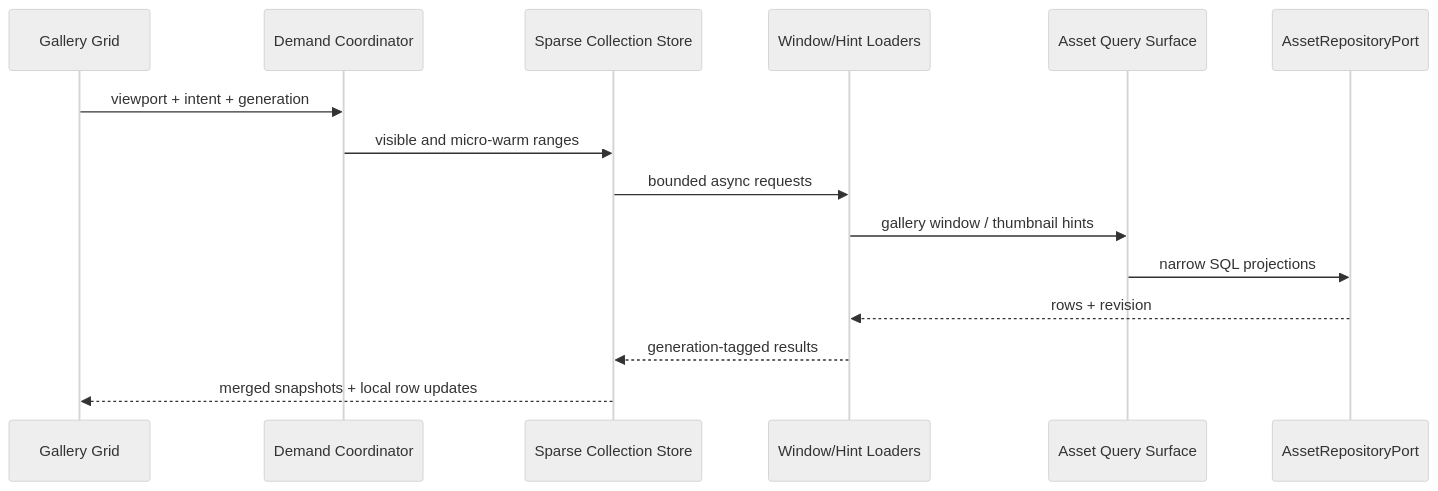
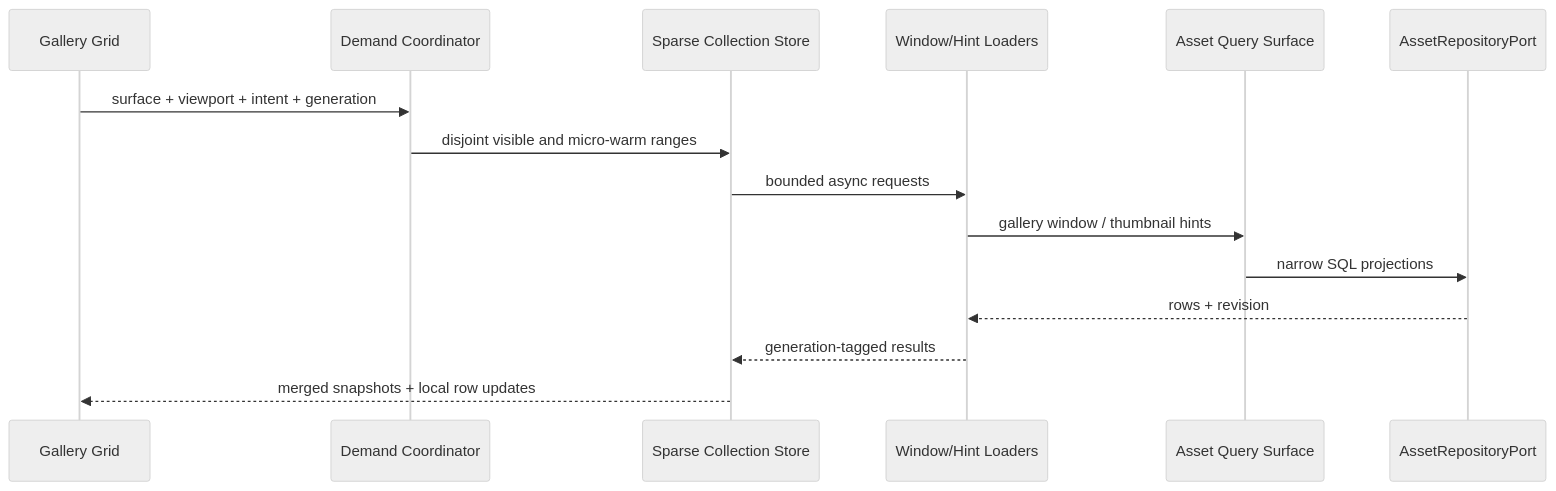
One commit to OliverZhaohaibin/iPhotron-LocalPhotoAlbumManager changed the third of 7 diagrams in docs/architecture.md. Above: the diagram before and after it, drawn with Mermaid (neutral theme). The commit also changed other lines of this file and 23 other files, not shown here.

Commit message:
Fix filmstrip multi-surface thumbnail demand

````diff
--- a/docs/architecture.md
+++ b/docs/architecture.md
@@ -431,18 +436,18 @@
 ```mermaid
 sequenceDiagram
     participant Grid as Gallery Grid
     participant Demand as Demand Coordinator
     participant Store as Sparse Collection Store
     participant Loader as Window/Hint Loaders
     participant Query as Asset Query Surface
     participant Repo as AssetRepositoryPort
 
-    Grid->>Demand: viewport + intent + generation
-    Demand->>Store: visible and micro-warm ranges
+    Grid->>Demand: surface + viewport + intent + generation
+    Demand->>Store: disjoint visible and micro-warm ranges
     Store->>Loader: bounded async requests
     Loader->>Query: gallery window / thumbnail hints
     Query->>Repo: narrow SQL projections
     Repo-->>Loader: rows + revision
     Loader-->>Store: generation-tagged results
     Store-->>Grid: merged snapshots + local row updates
 ```
````
